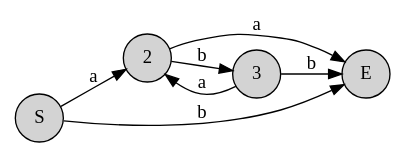
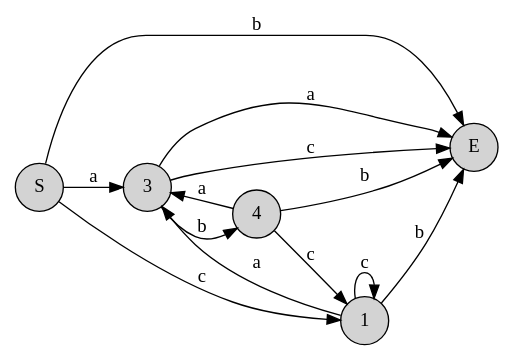
Before and after one commit to illusory0x0/containers.mbt: the diagram in automaton/__snapshot__/dfa_complex.dot, drawn with Graphviz. The commit also changed 2 other files, not shown here.

```diff
--- a/automaton/__snapshot__/dfa_complex.dot
+++ b/automaton/__snapshot__/dfa_complex.dot
@@ -1,15 +1,22 @@
 
 digraph {
 rankdir=LR;
 node [shape = circle; style = filled;];
-0->2[label="a"];
-0->1[label="b"];
-2->1[label="a"];
-2->3[label="b"];
+0->3[label="a"];
+0->2[label="b"];
+0->1[label="c"];
+1->3[label="a"];
+1->2[label="b"];
+1->1[label="c"];
 3->2[label="a"];
-3->1[label="b"];
+3->4[label="b"];
+3->2[label="c"];
+4->3[label="a"];
+4->2[label="b"];
+4->1[label="c"];
 0 [label="S";]
-1 [label="E";]
-2 [label="2";]
+1 [label="1";]
+2 [label="E";]
 3 [label="3";]
+4 [label="4";]
 }
```
